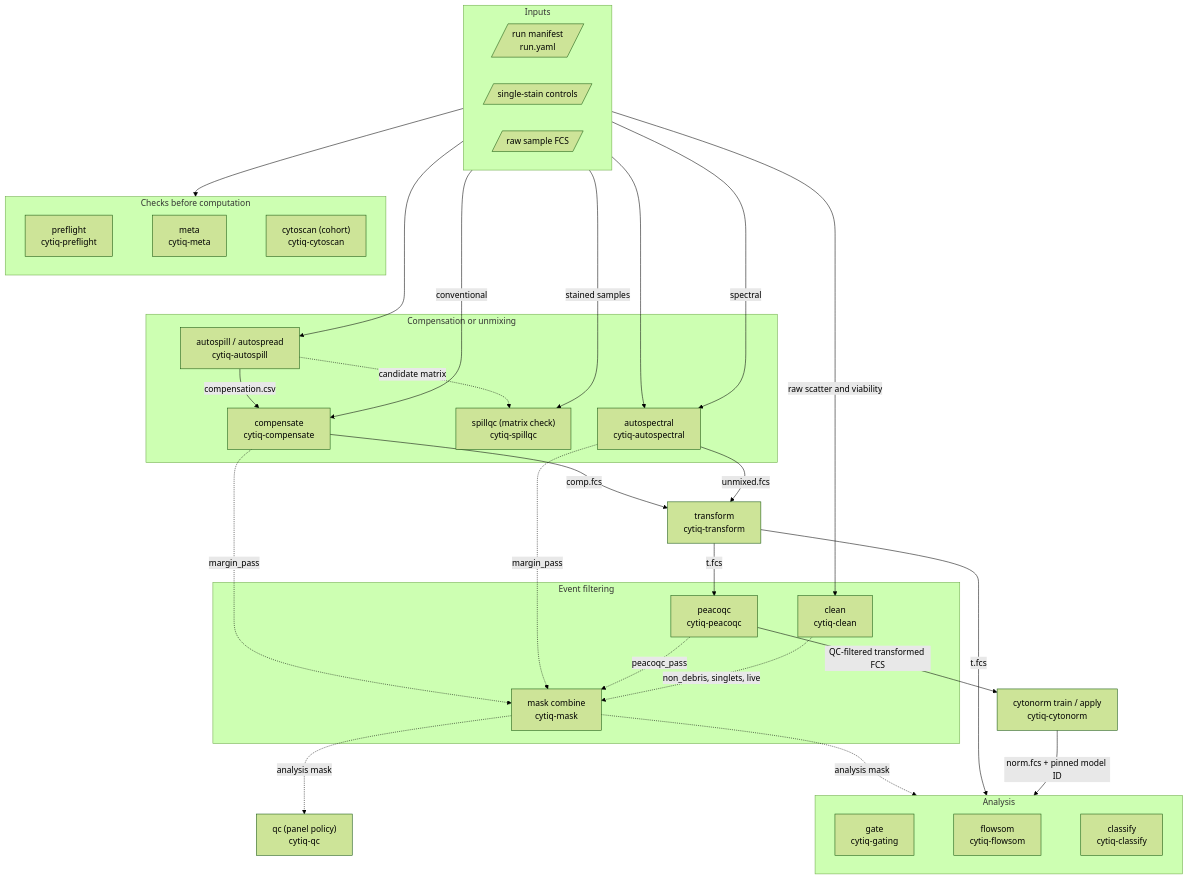
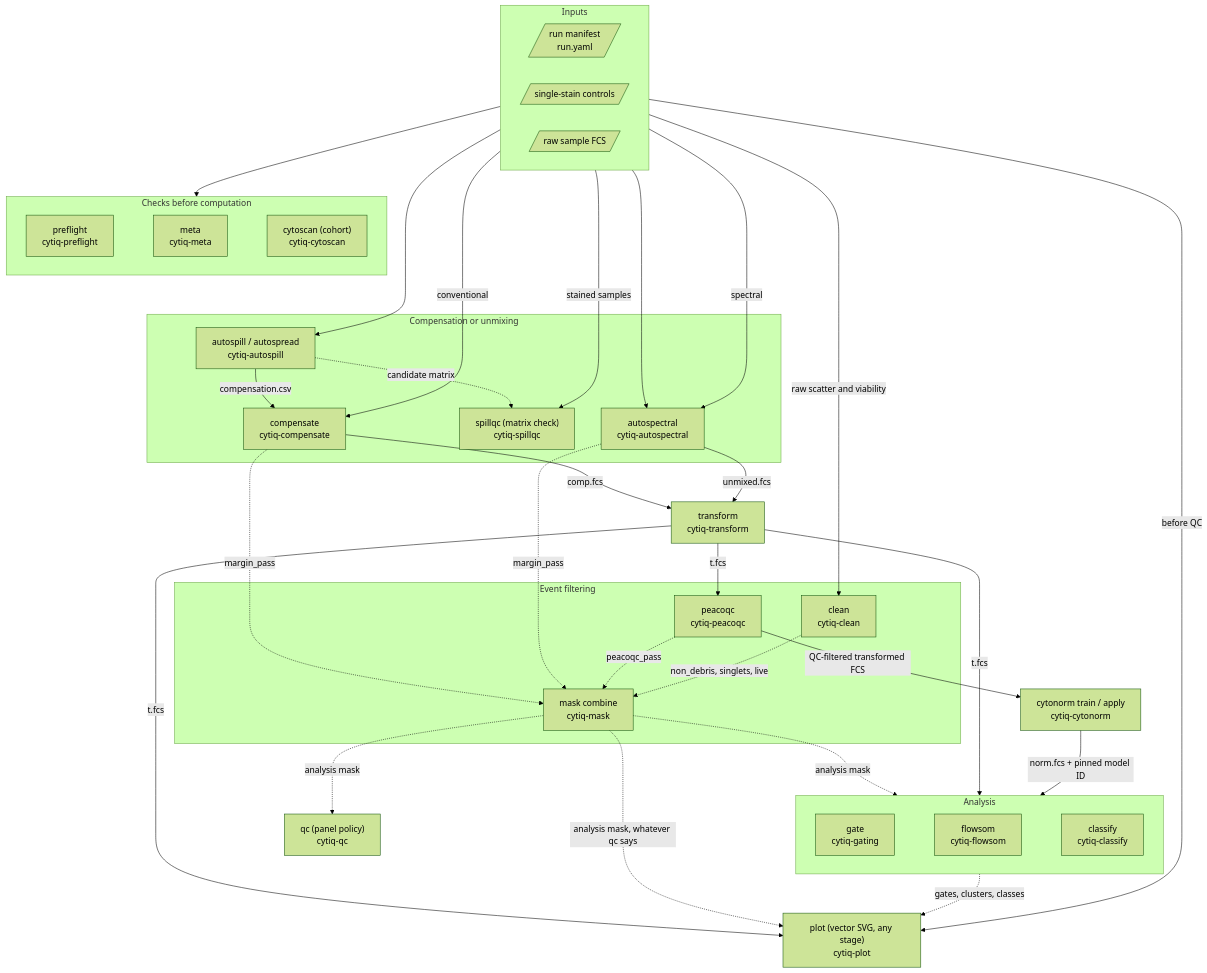
One commit to cytiq/cytiq-cli changed the diagram in README.md. Above: the diagram before and after it, drawn with Mermaid (forest theme). The commit also changed other lines of this file and 48 other files, not shown here.

First line of the commit message:
feat(plot): add cytiq plot for vector SVG density, scatter and contour plots (#160)

````diff
--- a/README.md
+++ b/README.md
@@ -11,70 +12,76 @@
 ```mermaid
 flowchart TB
     subgraph inputs["Inputs"]
         direction LR
         manifest[/"run manifest<br/>run.yaml"/]
         controls[/"single-stain controls"/]
         raw[/"raw sample FCS"/]
     end
 
     subgraph checks["Checks before computation"]
         direction LR
         preflight["preflight<br/>cytiq-preflight"]
         meta["meta<br/>cytiq-meta"]
         cytoscan["cytoscan (cohort)<br/>cytiq-cytoscan"]
     end
 
     subgraph signal["Compensation or unmixing"]
         autospill["autospill / autospread<br/>cytiq-autospill"]
         compensate["compensate<br/>cytiq-compensate"]
         spillqc["spillqc (matrix check)<br/>cytiq-spillqc"]
         autospectral["autospectral<br/>cytiq-autospectral"]
     end
 
     transform["transform<br/>cytiq-transform"]
 
     subgraph events["Event filtering"]
         peacoqc["peacoqc<br/>cytiq-peacoqc"]
         clean["clean<br/>cytiq-clean"]
         combine["mask combine<br/>cytiq-mask"]
     end
 
     qc["qc (panel policy)<br/>cytiq-qc"]
     cytonorm["cytonorm train / apply<br/>cytiq-cytonorm"]
 
     subgraph analysis["Analysis"]
         direction LR
         gate["gate<br/>cytiq-gating"]
         flowsom["flowsom<br/>cytiq-flowsom"]
         classify["classify<br/>cytiq-classify"]
     end
 
     inputs --> checks
     checks ~~~ signal
     preflight ~~~ meta ~~~ cytoscan
     gate ~~~ flowsom ~~~ classify
 
+    plot["plot (vector SVG, any stage)<br/>cytiq-plot"]
+
     controls --> autospill
     autospill -->|"compensation.csv"| compensate
     raw -->|"conventional"| compensate
     raw -->|"stained samples"| spillqc
     autospill -.->|"candidate matrix"| spillqc
     controls --> autospectral
     raw -->|"spectral"| autospectral
 
     compensate -->|"comp.fcs"| transform
     autospectral -->|"unmixed.fcs"| transform
     transform -->|"t.fcs"| peacoqc
     raw -->|"raw scatter and viability"| clean
 
     compensate -.->|"margin_pass"| combine
     autospectral -.->|"margin_pass"| combine
     peacoqc -.->|"peacoqc_pass"| combine
     clean -.->|"non_debris, singlets, live"| combine
 
     combine -.->|"analysis mask"| qc
     combine -.->|"analysis mask"| analysis
     transform -->|"t.fcs"| analysis
     peacoqc -->|"QC-filtered transformed FCS"| cytonorm
     cytonorm -->|"norm.fcs + pinned model ID"| analysis
+    raw -->|"before QC"| plot
+    transform -->|"t.fcs"| plot
+    combine -.->|"analysis mask, whatever qc says"| plot
+    analysis -.->|"gates, clusters, classes"| plot
 ```
````
